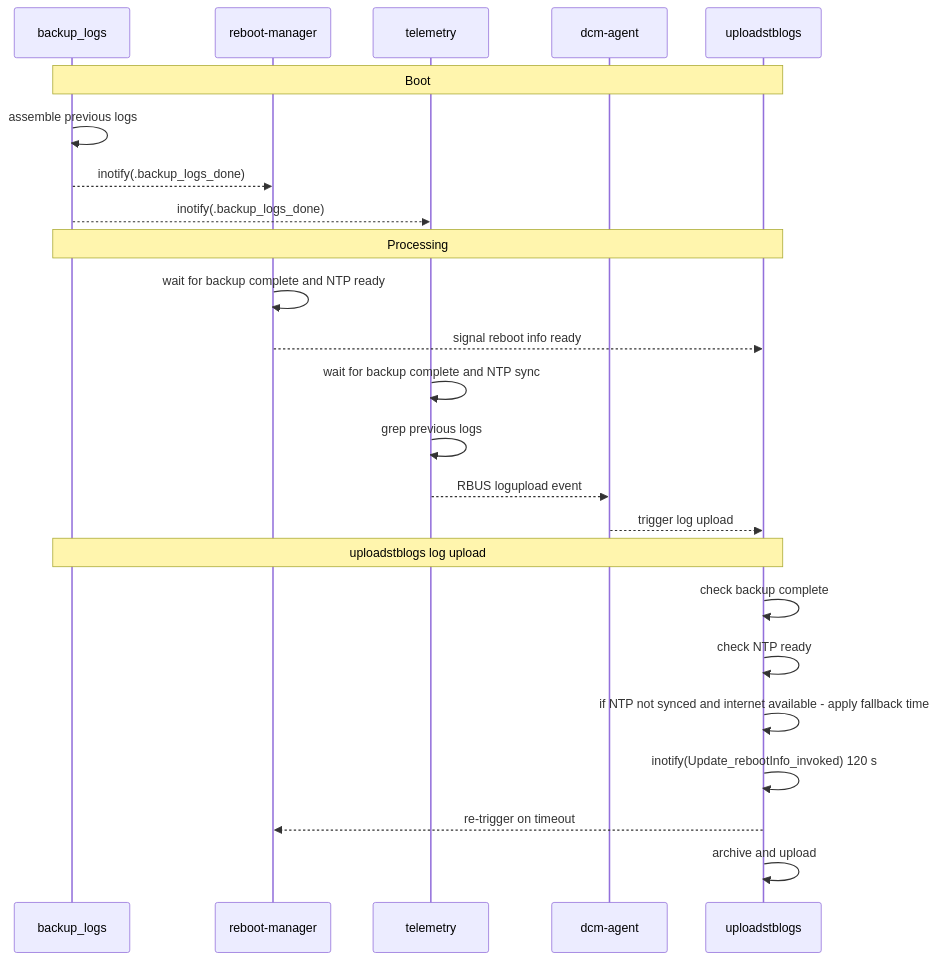
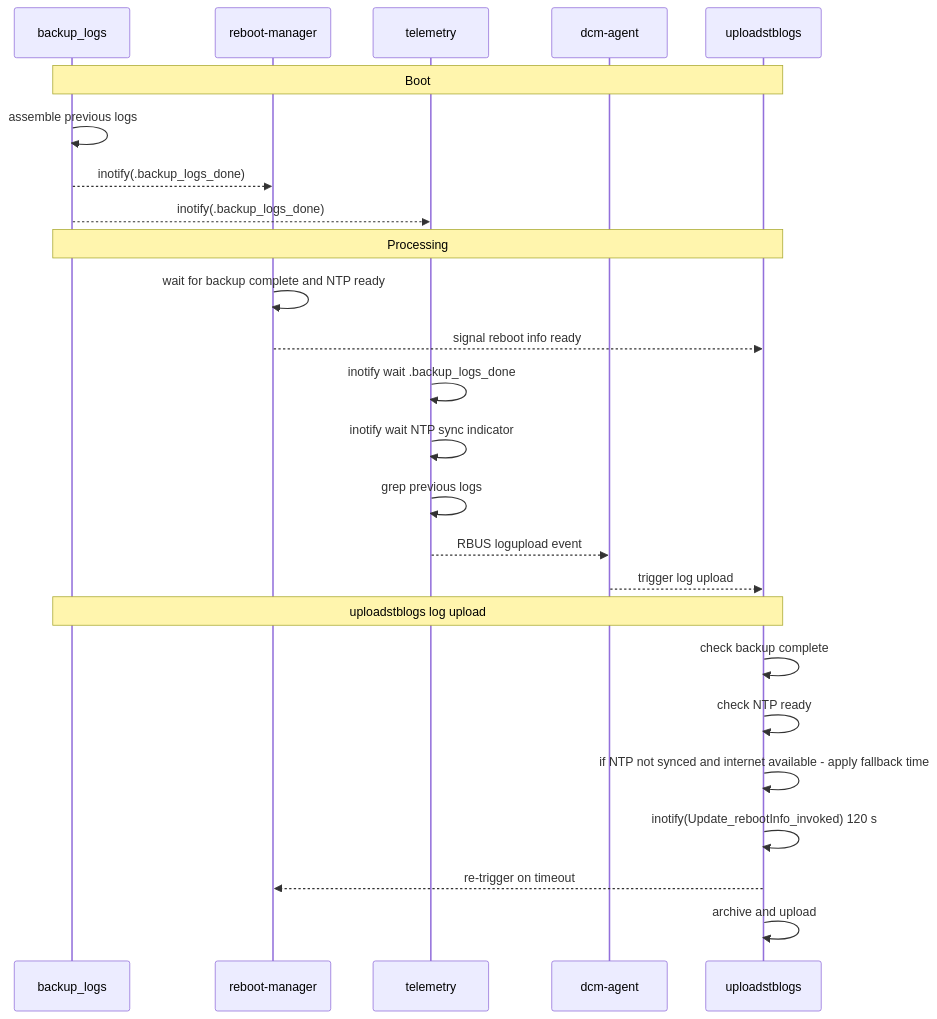
The first of 2 diagrams in stateanalysis.md (rdkcentral/dcm-agent), drawn with Mermaid before and after one commit.

````diff
--- a/stateanalysis.md
+++ b/stateanalysis.md
@@ -7,33 +7,34 @@
 ```mermaid
 sequenceDiagram
     participant BL  as backup_logs
     participant RM  as reboot-manager
     participant TEL as telemetry
     participant DCM as dcm-agent
     participant UL  as uploadstblogs
 
     note over BL,UL: Boot
 
     BL  ->> BL  : assemble previous logs
     BL  -->> RM : inotify(.backup_logs_done)
     BL  -->> TEL: inotify(.backup_logs_done)
 
     note over BL,UL: Processing
 
     RM  ->> RM  : wait for backup complete and NTP ready
     RM  -->> UL : signal reboot info ready
 
-    TEL ->> TEL : wait for backup complete and NTP sync
+    TEL ->> TEL : inotify wait .backup_logs_done
+    TEL ->> TEL : inotify wait NTP sync indicator
     TEL ->> TEL : grep previous logs
     TEL -->> DCM: RBUS logupload event
     DCM -->> UL : trigger log upload
 
     note over BL,UL: uploadstblogs log upload
 
     UL  ->> UL  : check backup complete
     UL  ->> UL  : check NTP ready
     UL  ->> UL  : if NTP not synced and internet available - apply fallback time
     UL  ->> UL  : inotify(Update_rebootInfo_invoked) 120 s
     UL  -->> RM : re-trigger on timeout
     UL  ->> UL  : archive and upload
 ```
````
